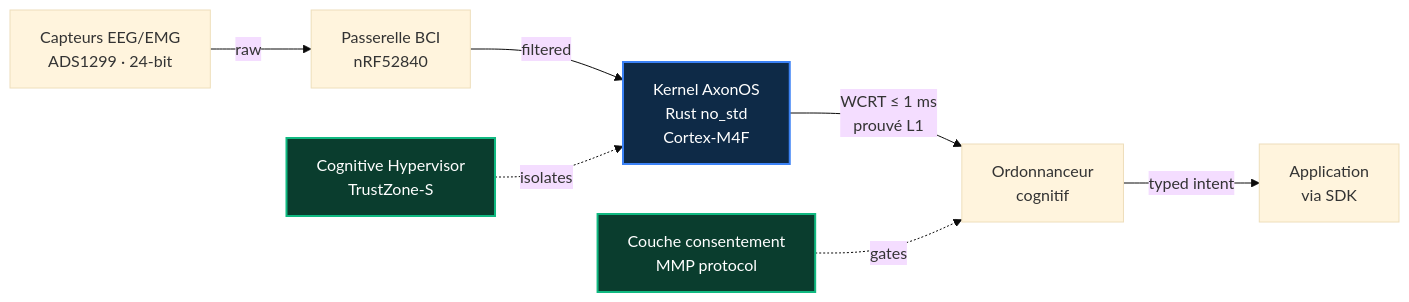
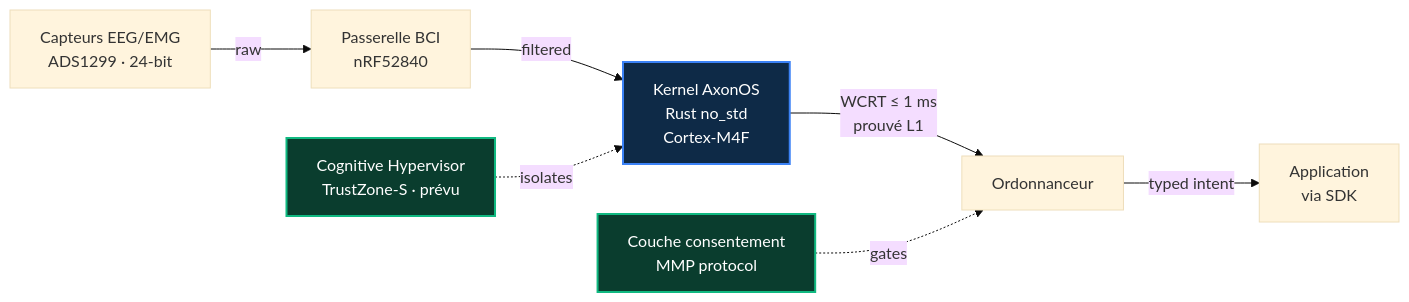
Before and after one commit to AxonOS-org/.github: the diagram in profile/README.fr.md, drawn with Mermaid (base theme). The commit also changed other lines of this file and 16 other files, not shown here.

````diff
--- a/profile/README.fr.md
+++ b/profile/README.fr.md
@@ -121,14 +124,14 @@
 ```mermaid
 flowchart LR
     A[Capteurs EEG/EMG<br/>ADS1299 · 24-bit] -->|raw| B[Passerelle BCI<br/>nRF52840]
     B -->|filtered| C[Kernel AxonOS<br/>Rust no_std<br/>Cortex-M4F]
-    C -->|"WCRT ≤ 1 ms<br/>prouvé L1"| D[Ordonnanceur<br/>cognitif]
+    C -->|"WCRT ≤ 1 ms<br/>prouvé L1"| D[Ordonnanceur]
     D -->|typed intent| E[Application<br/>via SDK]
-    F[Cognitive Hypervisor<br/>TrustZone-S] -.->|isolates| C
+    F[Cognitive Hypervisor<br/>TrustZone-S · prévu] -.->|isolates| C
     G[Couche consentement<br/>MMP protocol] -.->|gates| D
 
     classDef kernel fill:#0e2a47,stroke:#3b82f6,color:#fff,stroke-width:2px
     classDef secure fill:#0a3d2e,stroke:#10b981,color:#fff,stroke-width:2px
     class C kernel
     class F,G secure
 ```
````
